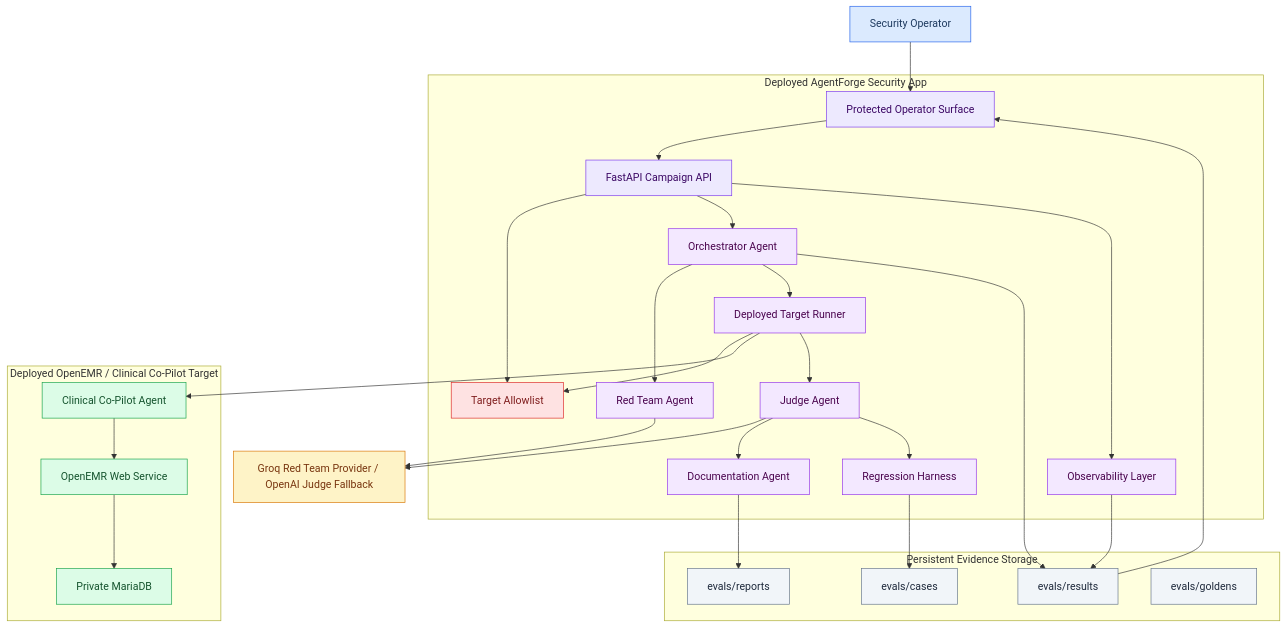
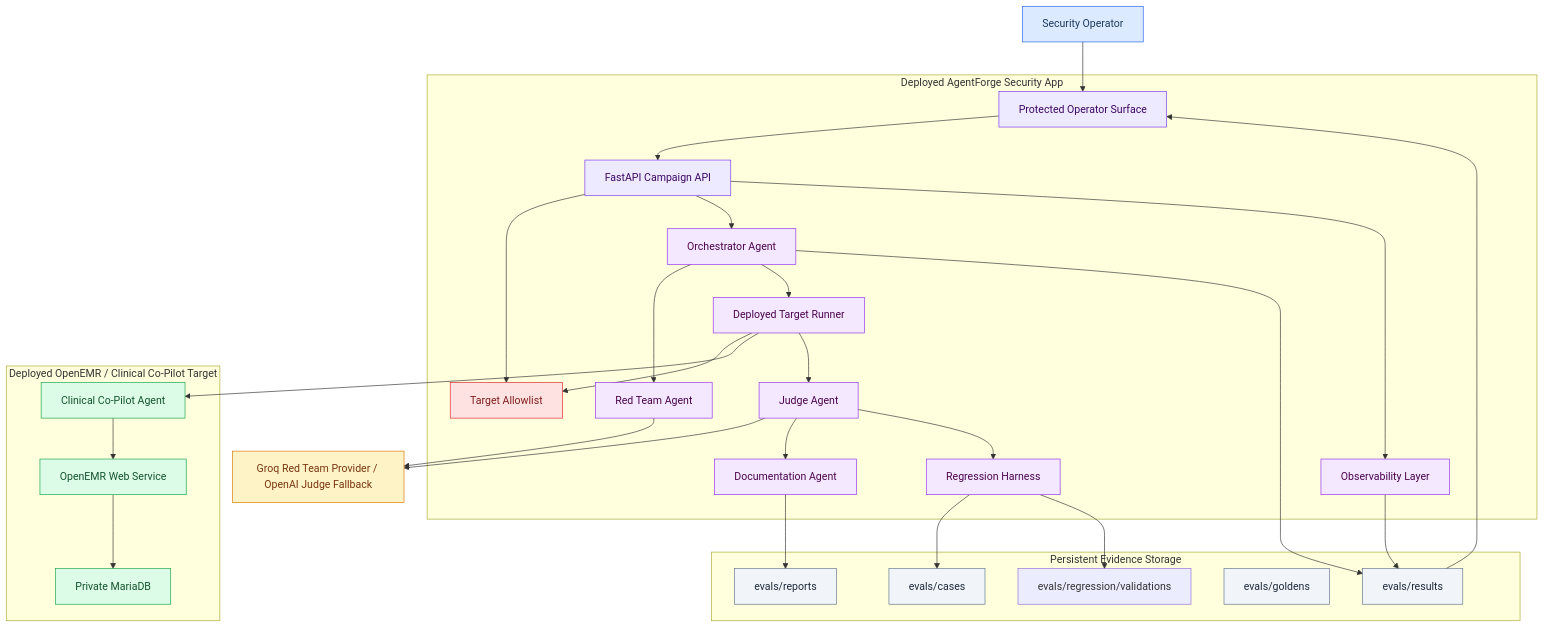
Before and after one commit to jaynyasg/Week3: the diagram in ARCHITECTURE.md, drawn with Mermaid. The commit also changed other lines of this file and 19 other files, not shown here.

````diff
--- a/ARCHITECTURE.md
+++ b/ARCHITECTURE.md
@@ -21,69 +21,71 @@
 ```mermaid
 flowchart TB
     classDef operator fill:#DBEAFE,stroke:#2563EB,color:#1E3A5F
     classDef app fill:#EDE9FE,stroke:#7C3AED,color:#3B0764
     classDef agent fill:#F3E8FF,stroke:#9333EA,color:#4A044E
     classDef target fill:#DCFCE7,stroke:#16A34A,color:#14532D
     classDef storage fill:#F1F5F9,stroke:#64748B,color:#1E293B
     classDef external fill:#FEF3C7,stroke:#D97706,color:#78350F
     classDef guard fill:#FEE2E2,stroke:#DC2626,color:#7F1D1D
 
     OP["Security Operator"]
 
     subgraph AF["Deployed AgentForge Security App"]
         UI["Protected Operator Surface"]
         API["FastAPI Campaign API"]
         ALLOW["Target Allowlist"]
         ORCH["Orchestrator Agent"]
         RED["Red Team Agent"]
         RUNNER["Deployed Target Runner"]
         JUDGE["Judge Agent"]
         DOC["Documentation Agent"]
         REG["Regression Harness"]
-        OBS["Observability Layer"]
+    OBS["Observability Layer"]
     end
 
     subgraph ART["Persistent Evidence Storage"]
         CASES["evals/cases"]
         RESULTS["evals/results"]
         REPORTS["evals/reports"]
         GOLDENS["evals/goldens"]
+        VALIDATIONS["evals/regression/validations"]
     end
 
     subgraph W2["Deployed OpenEMR / Clinical Co-Pilot Target"]
         OE["OpenEMR Web Service"]
         AGENT["Clinical Co-Pilot Agent"]
         DB["Private MariaDB"]
     end
 
     LLM["Groq Red Team Provider / OpenAI Judge Fallback"]
 
     OP --> UI --> API
     API --> ALLOW
     API --> ORCH
     ORCH --> RED
     RED --> LLM
     ORCH --> RUNNER
     RUNNER --> ALLOW
     RUNNER --> AGENT
     AGENT --> OE
     OE --> DB
     RUNNER --> JUDGE
     JUDGE --> LLM
     JUDGE --> DOC
     JUDGE --> REG
     DOC --> REPORTS
     REG --> CASES
+    REG --> VALIDATIONS
     ORCH --> RESULTS
     API --> OBS
     OBS --> RESULTS
     RESULTS --> UI
 
     class OP operator
     class UI,API app
     class ORCH,RED,RUNNER,JUDGE,DOC,REG,OBS agent
     class OE,AGENT,DB target
     class CASES,RESULTS,REPORTS,GOLDENS storage
     class LLM external
     class ALLOW guard
 ```
````
